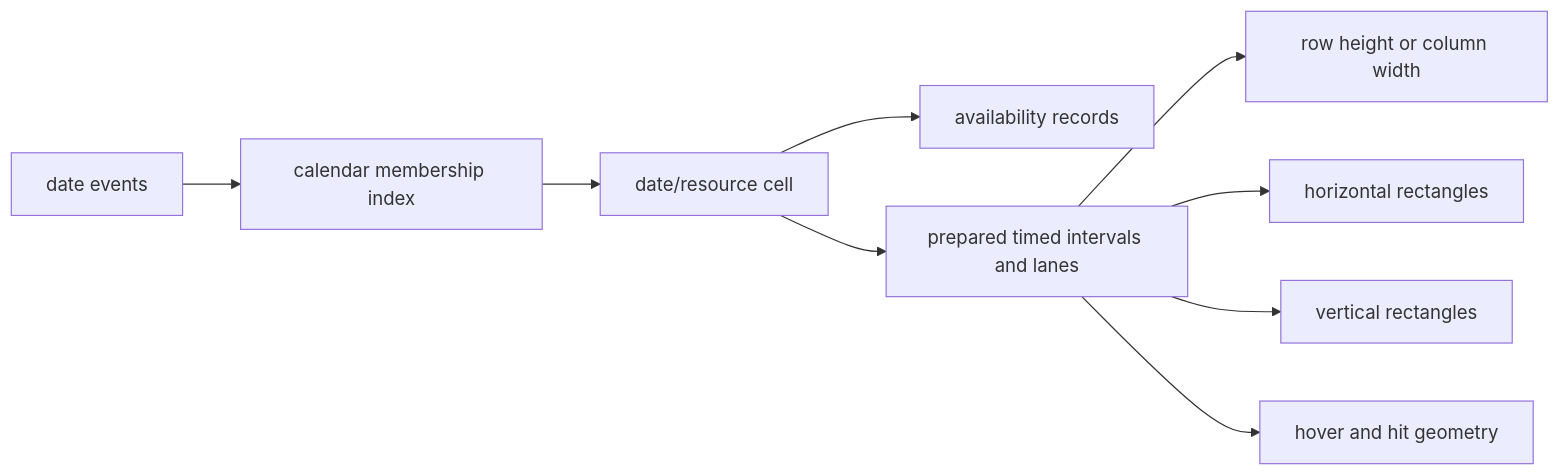
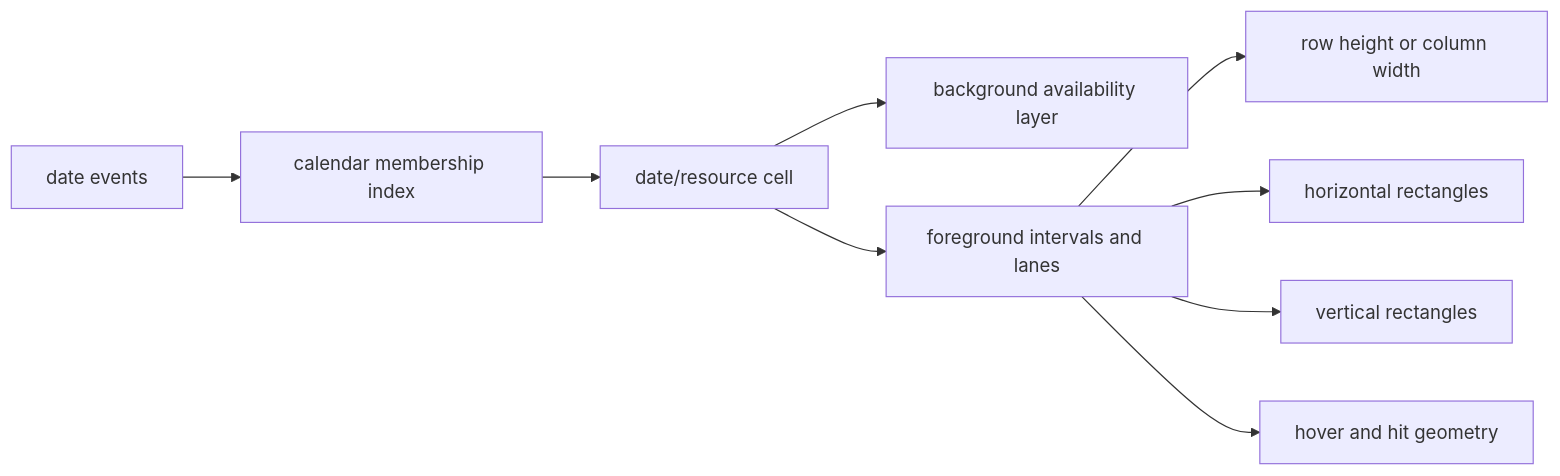
Before and after one commit to junomedical/quno-calendar: the sixth of 11 diagrams in docs/infinite-calendar/architecture.md, drawn with Mermaid. The commit also changed other lines of this file and 42 other files, not shown here.

````diff
--- a/docs/infinite-calendar/architecture.md
+++ b/docs/infinite-calendar/architecture.md
@@ -260,11 +263,11 @@
 ```mermaid
 flowchart LR
   Events["date events"] --> Membership["calendar membership index"]
   Membership --> Cell["date/resource cell"]
-  Cell --> Availability["availability records"]
-  Cell --> Prepared["prepared timed intervals and lanes"]
+  Cell --> Availability["background availability layer"]
+  Cell --> Prepared["foreground intervals and lanes"]
   Prepared --> Metrics["row height or column width"]
   Prepared --> Horizontal["horizontal rectangles"]
   Prepared --> Vertical["vertical rectangles"]
   Prepared --> Hit["hover and hit geometry"]
 ```
````
